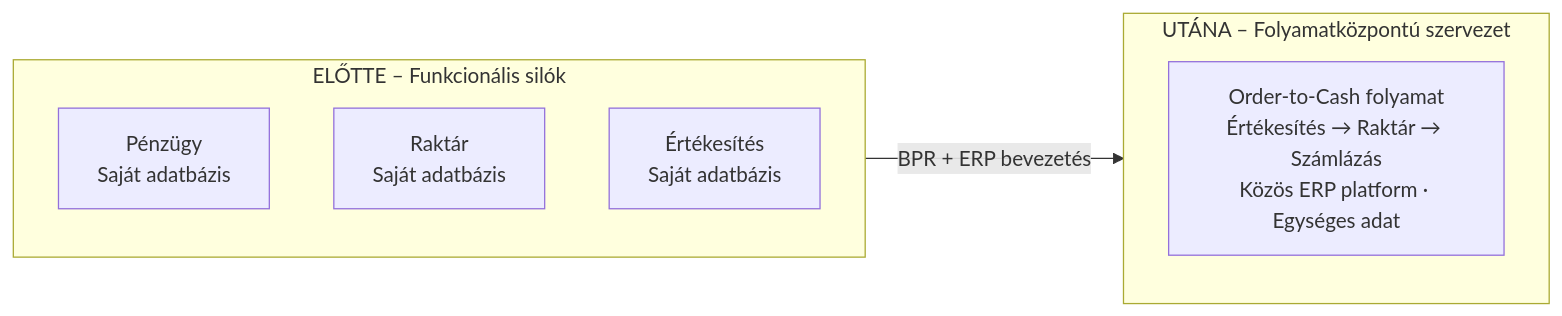
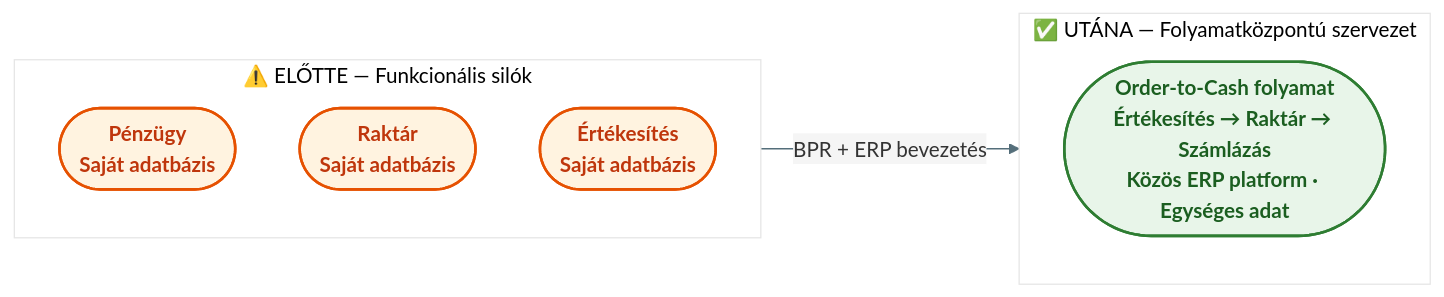
The first of 2 diagrams in Tételek/V13-GMXIV2MBLF-ERP bevezetése és BPR.tétel.md (denespocsik/MM_BSC_Zarovizsga), drawn with Mermaid before and after one commit. The commit also changed other lines of this file and 4 other files, not shown here.

First line of the commit message:
docs(záróvizsga): modernize Mermaid diagrams in V11–V15, enrich GMXIV2MBLF content

````diff
--- a/Tételek/V13-GMXIV2MBLF-ERP bevezetése és BPR.tétel.md
+++ b/Tételek/V13-GMXIV2MBLF-ERP bevezetése és BPR.tétel.md
@@ -30,13 +30,17 @@
 ```mermaid
+%%{init: {'theme': 'base', 'themeVariables': {'primaryColor': '#FFF', 'lineColor': '#546E7A', 'edgeLabelBackground': '#F5F5F5'}}}%%
 flowchart LR
-    subgraph ELOTTE["ELŐTTE – Funkcionális silók"]
+    classDef silo    fill:#FFF3E0,stroke:#E65100,stroke-width:2px,color:#BF360C,font-weight:bold
+    classDef process fill:#E8F5E9,stroke:#2E7D32,stroke-width:2px,color:#1B5E20,font-weight:bold
+
+    subgraph ELOTTE["⚠️  ELŐTTE — Funkcionális silók"]
         direction TB
-        P["Pénzügy\nSaját adatbázis"]
-        R["Raktár\nSaját adatbázis"]
-        E["Értékesítés\nSaját adatbázis"]
+        P(["Pénzügy\nSaját adatbázis"]):::silo
+        R(["Raktár\nSaját adatbázis"]):::silo
+        E(["Értékesítés\nSaját adatbázis"]):::silo
     end
-    subgraph UTANA["UTÁNA – Folyamatközpontú szervezet"]
-        OC["Order-to-Cash folyamat\nÉrtékesítés → Raktár → Számlázás\nKözös ERP platform · Egységes adat"]
+    subgraph UTANA["✅  UTÁNA — Folyamatközpontú szervezet"]
+        OC(["Order-to-Cash folyamat\nÉrtékesítés → Raktár → Számlázás\nKözös ERP platform · Egységes adat"]):::process
     end
     ELOTTE -->|"BPR + ERP bevezetés"| UTANA
 ```
````
